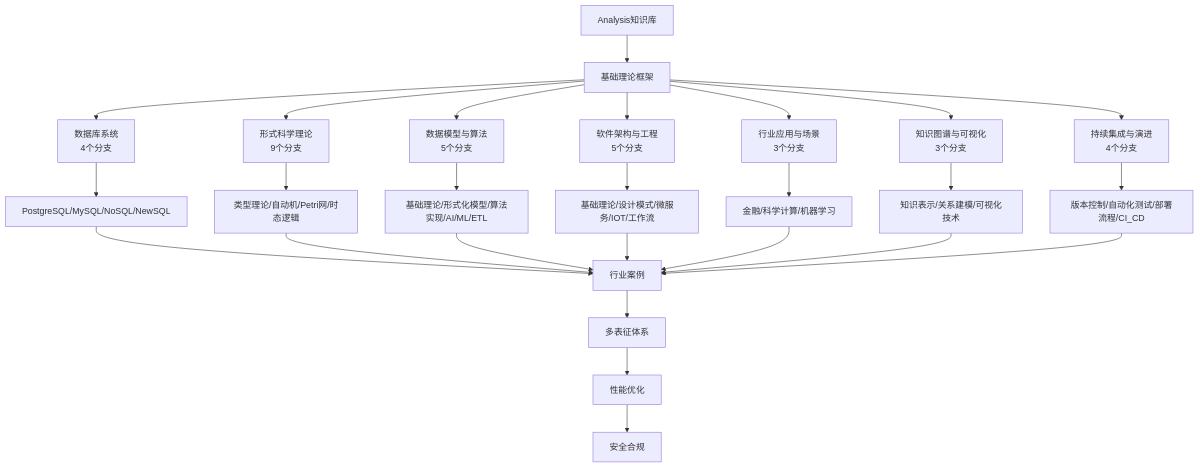
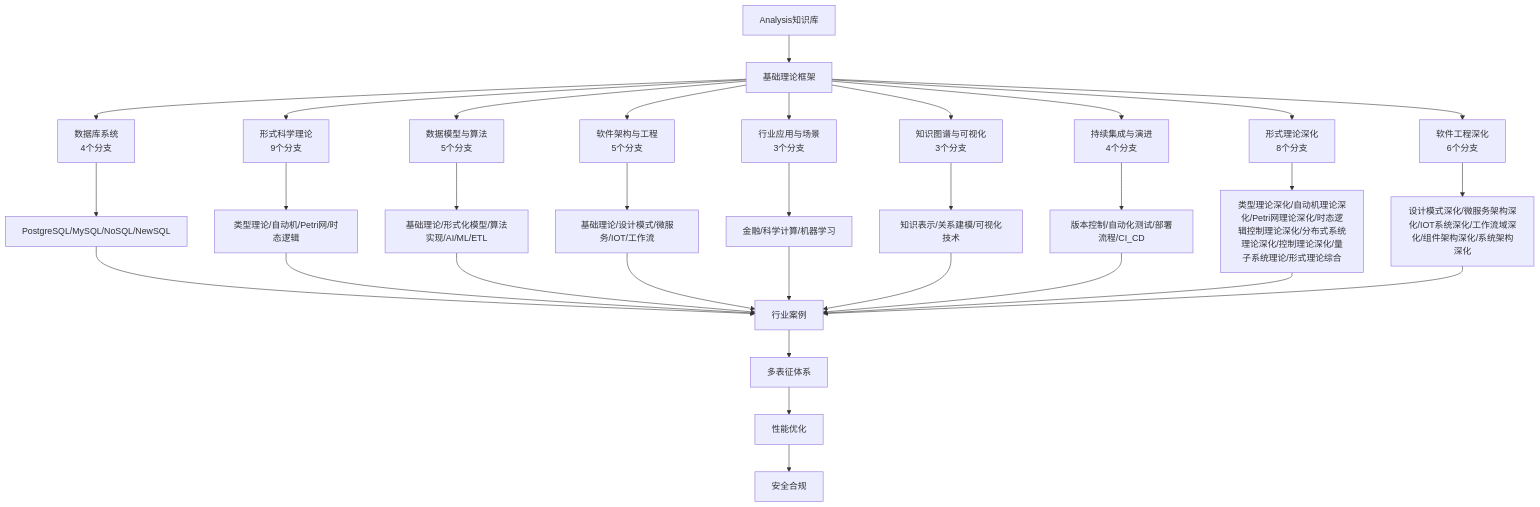
The diagram in Analysis/README.md (AdaMartin18010/Data-Science), drawn with Mermaid before and after one commit. The commit also changed other lines of this file and 21 other files, not shown here.

````diff
--- a/Analysis/README.md
+++ b/Analysis/README.md
@@ -31,24 +37,28 @@
 ```mermaid
 flowchart TD
   A[Analysis知识库] --> B[基础理论框架]
   B --> C1[数据库系统<br/>4个分支]
   B --> C2[形式科学理论<br/>9个分支]
   B --> C3[数据模型与算法<br/>5个分支]
   B --> C4[软件架构与工程<br/>5个分支]
   B --> C5[行业应用与场景<br/>3个分支]
   B --> C6[知识图谱与可视化<br/>3个分支]
   B --> C7[持续集成与演进<br/>4个分支]
+  B --> C8[形式理论深化<br/>8个分支]
+  B --> C9[软件工程深化<br/>6个分支]
   
   C1 --> D[PostgreSQL/MySQL/NoSQL/NewSQL]
   C2 --> E[类型理论/自动机/Petri网/时态逻辑]
   C3 --> F[基础理论/形式化模型/算法实现/AI/ML/ETL]
   C4 --> G[基础理论/设计模式/微服务/IOT/工作流]
   C5 --> H[金融/科学计算/机器学习]
   C6 --> I[知识表示/关系建模/可视化技术]
   C7 --> J[版本控制/自动化测试/部署流程/CI_CD]
+  C8 --> K[类型理论深化/自动机理论深化/Petri网理论深化/时态逻辑控制理论深化/分布式系统理论深化/控制理论深化/量子系统理论/形式理论综合]
+  C9 --> L[设计模式深化/微服务架构深化/IOT系统深化/工作流域深化/组件架构深化/系统架构深化]
   
-  D & E & F & G & H & I & J --> K[行业案例]
-  K --> L[多表征体系]
-  L --> M[性能优化]
-  M --> N[安全合规]
+  D & E & F & G & H & I & J & K & L --> M[行业案例]
+  M --> N[多表征体系]
+  N --> O[性能优化]
+  O --> P[安全合规]
 ```
````
